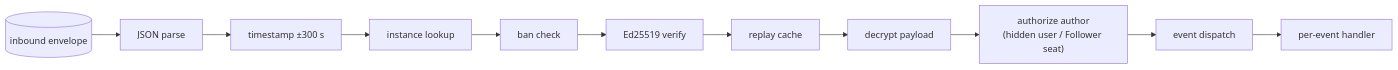
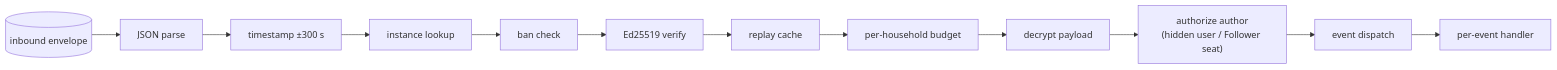
One commit to social-home-io/socialhome changed the second of 3 diagrams in docs/architecture.md. Above: the diagram before and after it, drawn with Mermaid. The commit also changed other lines of this file and 21 other files, not shown here.

First line of the commit message:
Busy communities keep federating: per-household inbound limits instead of one shared bucket (#1408)

````diff
--- a/docs/architecture.md
+++ b/docs/architecture.md
@@ -668,14 +674,15 @@
 ```mermaid
 flowchart LR
     inbound[("inbound envelope")]
     inbound --> parse["JSON parse"]
     parse --> ts["timestamp ±300 s"]
     ts --> instance["instance lookup"]
     instance --> ban["ban check"]
     ban --> sig["Ed25519 verify"]
     sig --> replay["replay cache"]
-    replay --> decrypt["decrypt payload"]
+    replay --> budget["per-household budget"]
+    budget --> decrypt["decrypt payload"]
     decrypt --> authz["authorize author<br/>(hidden user / Follower seat)"]
     authz --> dispatch["event dispatch"]
     dispatch --> handler["per-event handler"]
 ```
````
